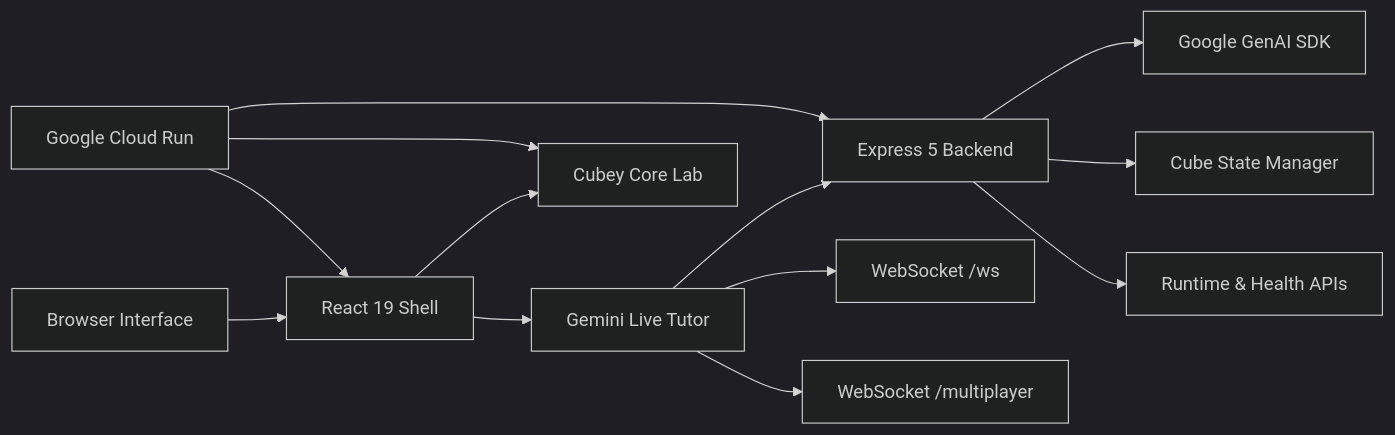
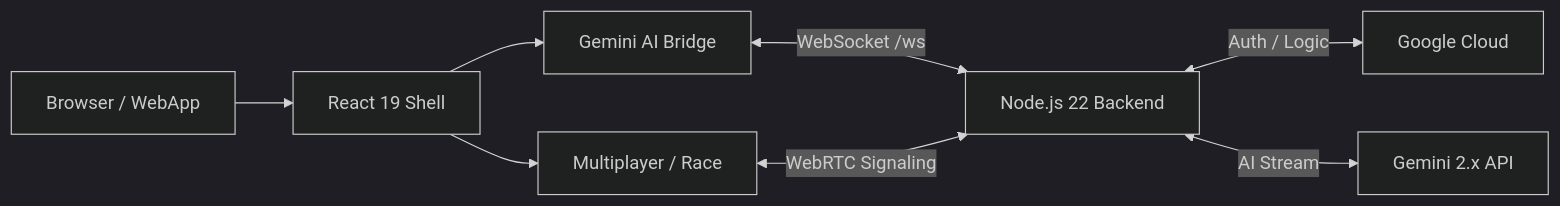
One commit to mangeshraut712/ai-rubiks-cube changed the diagram in README.md. Above: the diagram before and after it, drawn with Mermaid (dark theme). The commit also changed other lines of this file, not shown here.

````diff
--- a/README.md
+++ b/README.md
@@ -75,15 +48,10 @@
 ```mermaid
 flowchart LR
-  A[Browser Interface] --> B[React 19 Shell]
-  B --> C[Gemini Live Tutor]
-  B --> D[Cubey Core Lab]
-  C --> E[Express 5 Backend]
-  C --> F[WebSocket /ws]
-  C --> G[WebSocket /multiplayer]
-  E --> H[Google GenAI SDK]
-  E --> I[Cube State Manager]
-  E --> J[Runtime & Health APIs]
-  K[Google Cloud Run] --> E
-  K --> B
-  K --> D
+    A[Browser / WebApp] --> B[React 19 Shell]
+    B --> C[Gemini AI Bridge]
+    B --> D[Multiplayer / Race]
+    C <-->|WebSocket /ws| E[Node.js 22 Backend]
+    D <-->|WebRTC Signaling| E
+    E <-->|Auth / Logic| F[Google Cloud]
+    E <-->|AI Stream| G[Gemini 2.x API]
 ```
````
